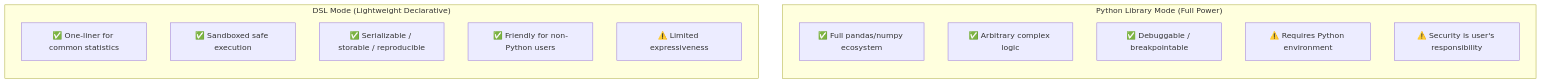
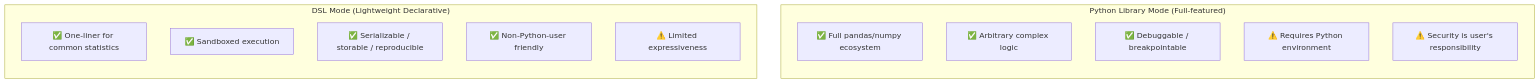
One commit to RESBI/StockStatistic changed diagram 13 of 23 in DESIGN.md. Above: the diagram before and after it, drawn with Mermaid. The commit also changed other lines of this file, not shown here.

````diff
--- a/DESIGN.md
+++ b/DESIGN.md
@@ -871,20 +886,20 @@
 ```mermaid
 graph TB
-    subgraph "Python Library Mode (Full Power)"
+    subgraph "Python Library Mode (Full-featured)"
         direction TB
         P1["✅ Full pandas/numpy ecosystem"]
         P2["✅ Arbitrary complex logic"]
         P3["✅ Debuggable / breakpointable"]
         P4["⚠️ Requires Python environment"]
         P5["⚠️ Security is user's responsibility"]
     end
     
     subgraph "DSL Mode (Lightweight Declarative)"
         direction TB
         D1["✅ One-liner for common statistics"]
-        D2["✅ Sandboxed safe execution"]
+        D2["✅ Sandboxed execution"]
         D3["✅ Serializable / storable / reproducible"]
-        D4["✅ Friendly for non-Python users"]
+        D4["✅ Non-Python-user friendly"]
         D5["⚠️ Limited expressiveness"]
     end
 ```
````
